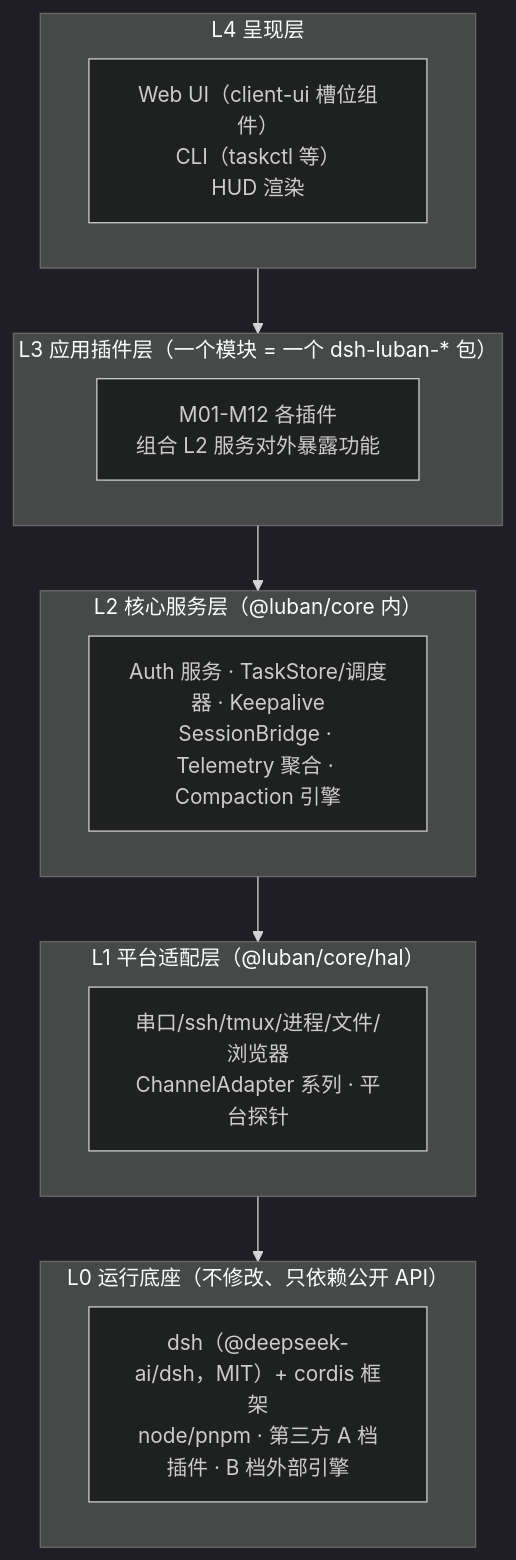
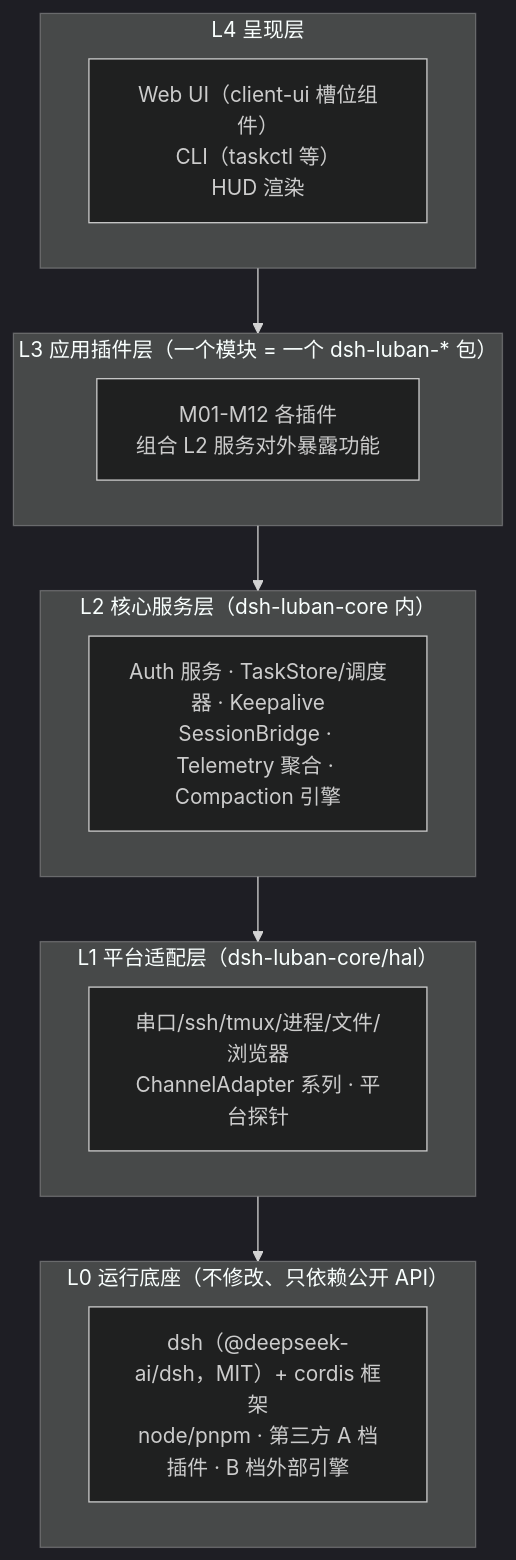
One commit to yin52133/dsh-luban changed the first of 2 diagrams in design/01-overview/architecture.md. Above: the diagram before and after it, drawn with Mermaid (dark theme). The commit also changed other lines of this file and 10 other files, not shown here.

````diff
--- a/design/01-overview/architecture.md
+++ b/design/01-overview/architecture.md
@@ -14,19 +14,19 @@
 ```mermaid
 flowchart TD
     subgraph L4["L4 呈现层"]
         UI["Web UI（client-ui 槽位组件）<br/>CLI（taskctl 等）<br/>HUD 渲染"]
     end
     subgraph L3["L3 应用插件层（一个模块 = 一个 dsh-luban-* 包）"]
         P["M01-M12 各插件<br/>组合 L2 服务对外暴露功能"]
     end
-    subgraph L2["L2 核心服务层（@luban/core 内）"]
+    subgraph L2["L2 核心服务层（dsh-luban-core 内）"]
         S["Auth 服务 · TaskStore/调度器 · Keepalive<br/>SessionBridge · Telemetry 聚合 · Compaction 引擎"]
     end
-    subgraph L1["L1 平台适配层（@luban/core/hal）"]
+    subgraph L1["L1 平台适配层（dsh-luban-core/hal）"]
         H["串口/ssh/tmux/进程/文件/浏览器<br/>ChannelAdapter 系列 · 平台探针"]
     end
     subgraph L0["L0 运行底座（不修改、只依赖公开 API）"]
         D["dsh（@deepseek-ai/dsh，MIT）+ cordis 框架<br/>node/pnpm · 第三方 A 档插件 · B 档外部引擎"]
     end
     L4 --> L3 --> L2 --> L1 --> L0
 ```
````
